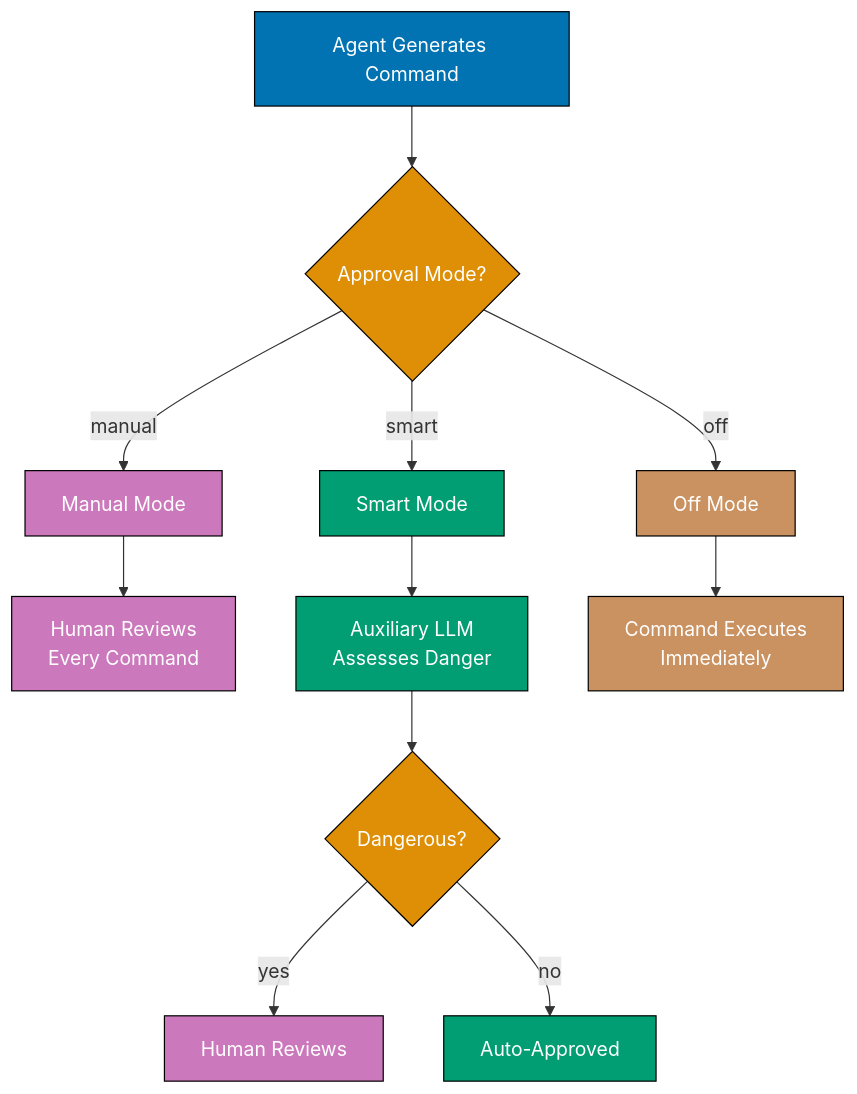
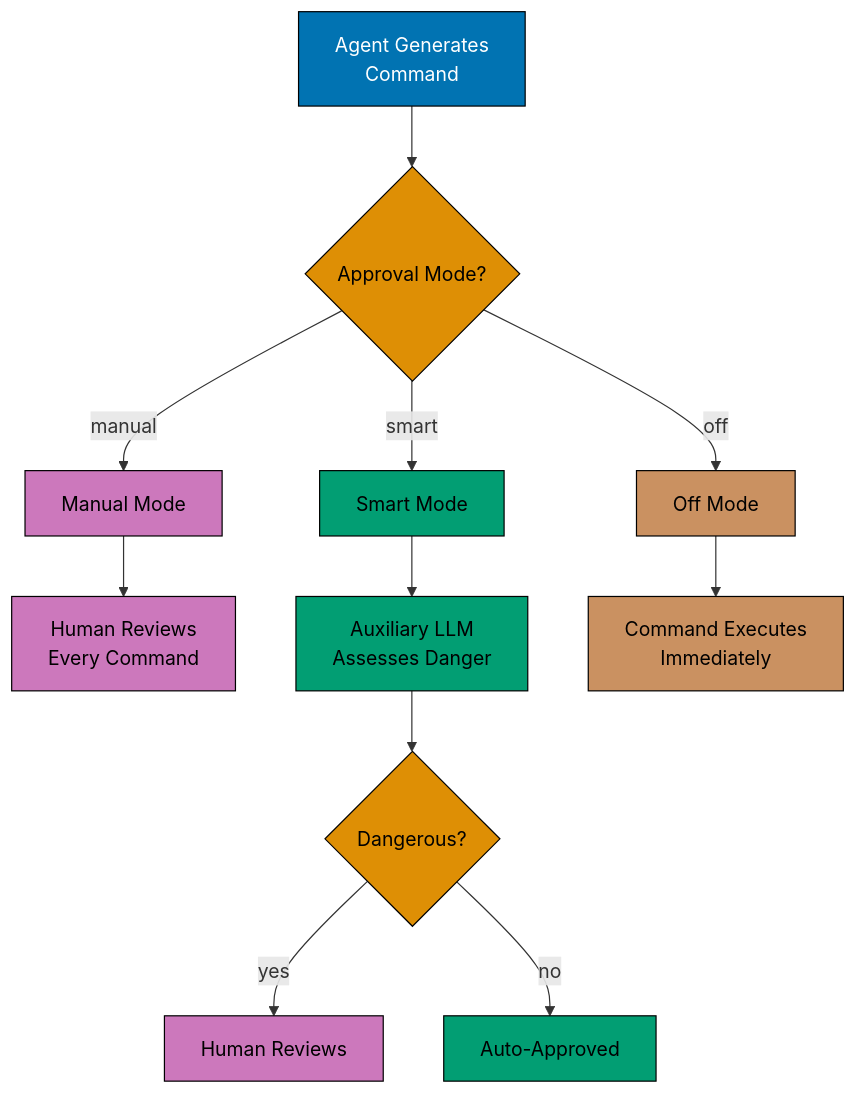
The third of 14 diagrams in apps/ayokoding-www/content/en/learn/legacy/artificial-intelligence/tools/hermes-agent/by-example/advanced.md (wahidyankf/ose-public), drawn with Mermaid before and after one commit. The commit also changed other lines of this file and 50 other files, not shown here.

First line of the commit message:
fix(mermaid): bring the docs, governance, plans, and legacy AI diagrams onto the accessible palette

````diff
--- a/apps/ayokoding-www/content/en/learn/legacy/artificial-intelligence/tools/hermes-agent/by-example/advanced.md
+++ b/apps/ayokoding-www/content/en/learn/legacy/artificial-intelligence/tools/hermes-agent/by-example/advanced.md
@@ -412,38 +427,46 @@
 ```mermaid
 %% Color Palette: Blue #0173B2, Orange #DE8F05, Teal #029E73, Purple #CC78BC, Brown #CA9161
 graph TD
-    A["Agent Generates Command"]
+    accTitle: Example 61: Approval Modes
+    accDescr: Graph with 11 nodes and 10 connections. Nodes: Agent Generates Command, Approval Mode?, Manual Mode, Smart Mode, Off Mode, Human Reviews Every Command, Auxiliary LLM Assesses Danger, Command Executes Immediately, Dangerous?, Human Reviews, Auto-Approved. Connections: Agent Generates Command to Approval Mode?, Approval Mode? to Manual Mode (manual), Approval Mode? to Smart Mode (smart), Approval Mode? to Off Mode (off), Manual Mode to Human Reviews Every Command, Smart Mode to Auxiliary LLM Assesses Danger, Off Mode to Command Executes Immediately, Auxiliary LLM Assesses Danger to Dangerous?, Dangerous? to Human Reviews (yes), Dangerous? to Auto-Approved (no).
+    A["Agent Generates<br/>Command"]
     B{"Approval Mode?"}
     C["Manual Mode"]
     D["Smart Mode"]
     E["Off Mode"]
     F["Human Reviews<br/>Every Command"]
     G["Auxiliary LLM<br/>Assesses Danger"]
     H["Command Executes<br/>Immediately"]
     I{"Dangerous?"}
     J["Human Reviews"]
     K["Auto-Approved"]
 
     A --> B
     B -->|"manual"| C
     B -->|"smart"| D
     B -->|"off"| E
     C --> F
     D --> G
     E --> H
     G --> I
     I -->|"yes"| J
     I -->|"no"| K
 
-    style A fill:#0173B2,stroke:#000,color:#fff
-    style B fill:#DE8F05,stroke:#000,color:#fff
-    style C fill:#CC78BC,stroke:#000,color:#fff
-    style D fill:#029E73,stroke:#000,color:#fff
-    style E fill:#CA9161,stroke:#000,color:#fff
-    style F fill:#CC78BC,stroke:#000,color:#fff
-    style G fill:#029E73,stroke:#000,color:#fff
-    style H fill:#CA9161,stroke:#000,color:#fff
-    style I fill:#DE8F05,stroke:#000,color:#fff
-    style J fill:#CC78BC,stroke:#000,color:#fff
-    style K fill:#029E73,stroke:#000,color:#fff
+    classDef pal-0173B2 fill:#0173B2,stroke:#000000,color:#FFFFFF
+    class A pal-0173B2
+    classDef pal-DE8F05 fill:#DE8F05,stroke:#000000,color:#000000
+    class B pal-DE8F05
+    classDef pal-CC78BC fill:#CC78BC,stroke:#000000,color:#000000
+    class C pal-CC78BC
+    classDef pal-029E73 fill:#029E73,stroke:#000000,color:#000000
+    class D pal-029E73
+    classDef pal-CA9161 fill:#CA9161,stroke:#000000,color:#000000
+    class E pal-CA9161
+    class F pal-CC78BC
+    class G pal-029E73
+    class H pal-CA9161
+    class I pal-DE8F05
+    class J pal-CC78BC
+    class K pal-029E73
+    classDef default fill:#FFFFFF,stroke:#000000,color:#000000
 ```
````
